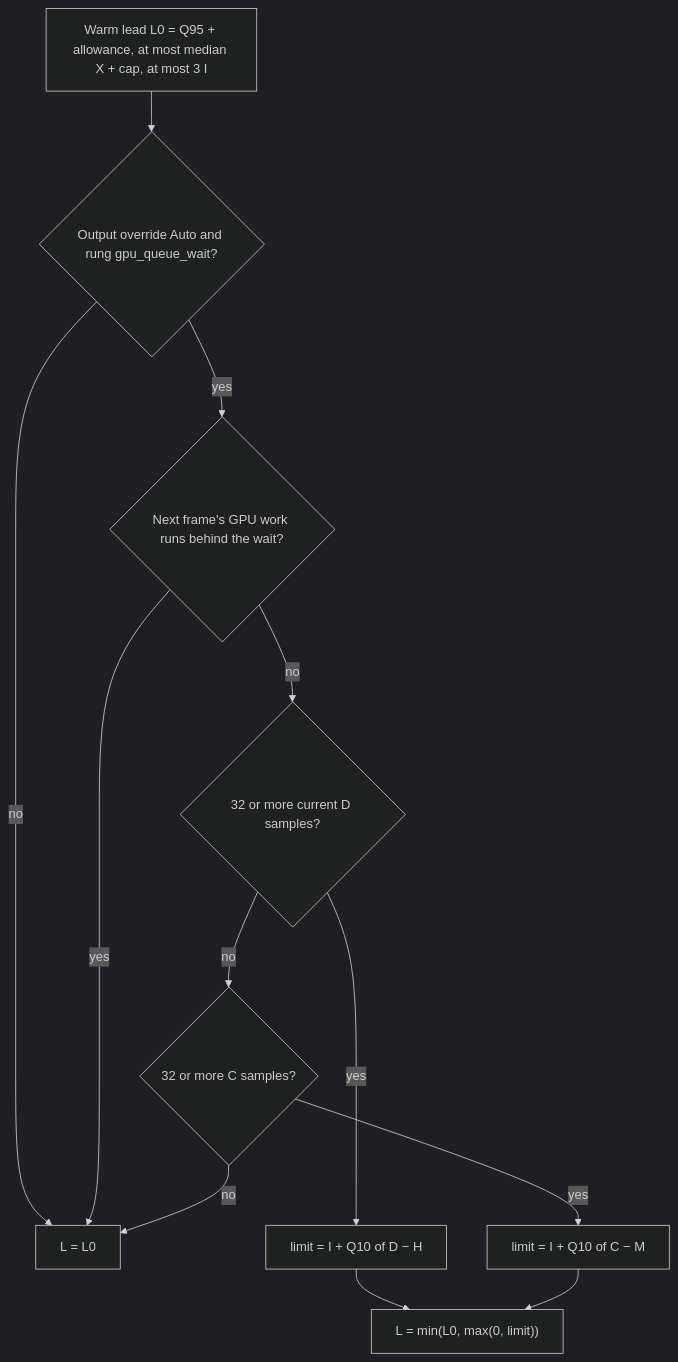
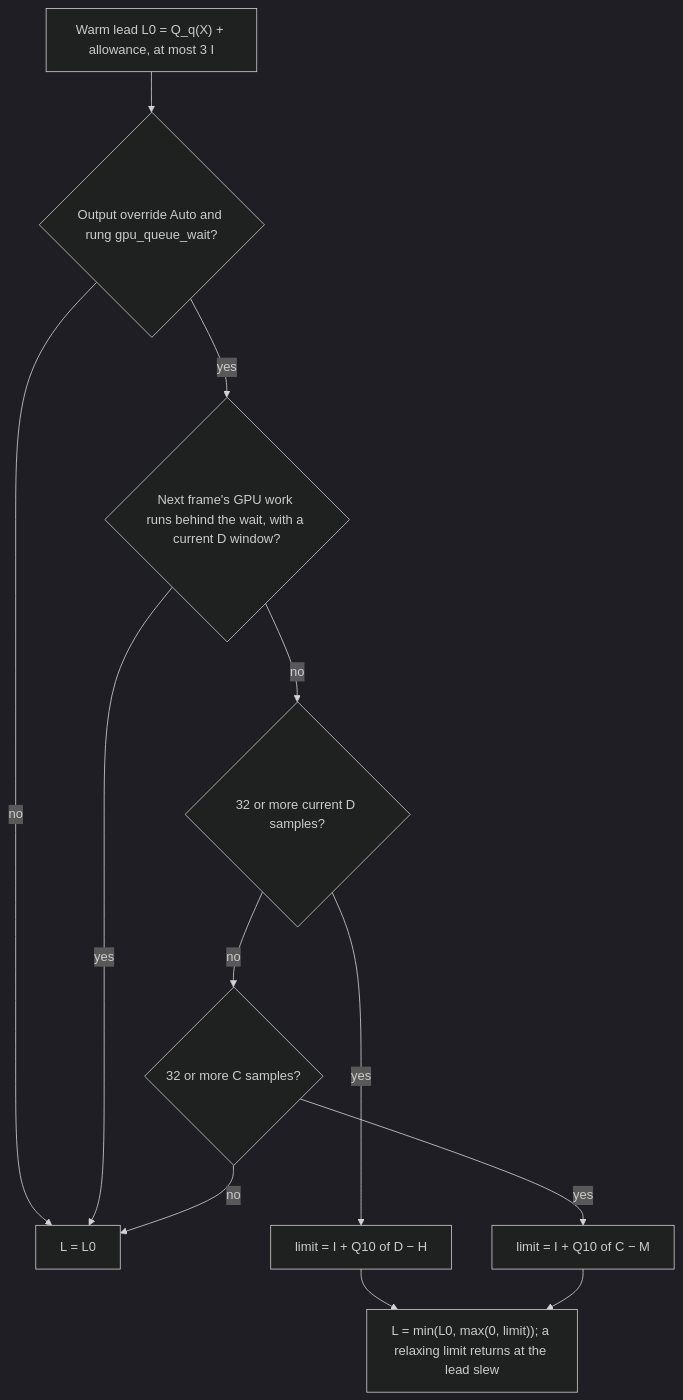
The seventh of 12 diagrams in docs/FRAME_PACING.md (RankFTW/ReLimiter), drawn with Mermaid (dark theme) before and after one commit. The commit also changed other lines of this file and 41 other files, not shown here.

First line of the commit message:
GPU queue wait: one collision model

````diff
--- a/docs/FRAME_PACING.md
+++ b/docs/FRAME_PACING.md
@@ -402,14 +392,14 @@
 ```mermaid
 flowchart TD
-    A["Warm lead L0 = Q95 + allowance, at most median X + cap, at most 3 I"] --> B{"Output override Auto and rung gpu_queue_wait?"}
+    A["Warm lead L0 = Q_q(X) + allowance, at most 3 I"] --> B{"Output override Auto and rung gpu_queue_wait?"}
     B -->|no| Z["L = L0"]
-    B -->|yes| C{"Next frame's GPU work runs behind the wait?"}
+    B -->|yes| C{"Next frame's GPU work runs behind the wait, with a current D window?"}
     C -->|yes| Z
     C -->|no| D{"32 or more current D samples?"}
     D -->|yes| E["limit = I + Q10 of D − H"]
     D -->|no| F{"32 or more C samples?"}
     F -->|yes| G["limit = I + Q10 of C − M"]
     F -->|no| Z
-    E --> H["L = min(L0, max(0, limit))"]
+    E --> H["L = min(L0, max(0, limit)); a relaxing limit returns at the lead slew"]
     G --> H
 ```
````
